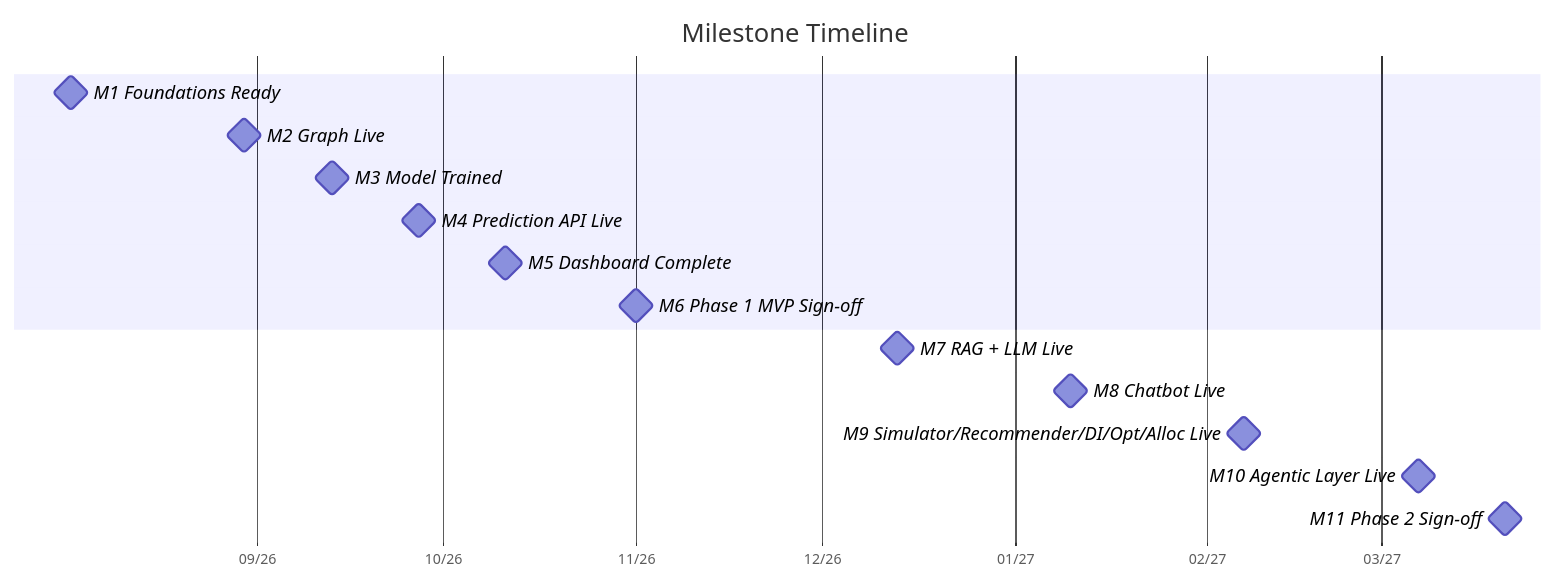
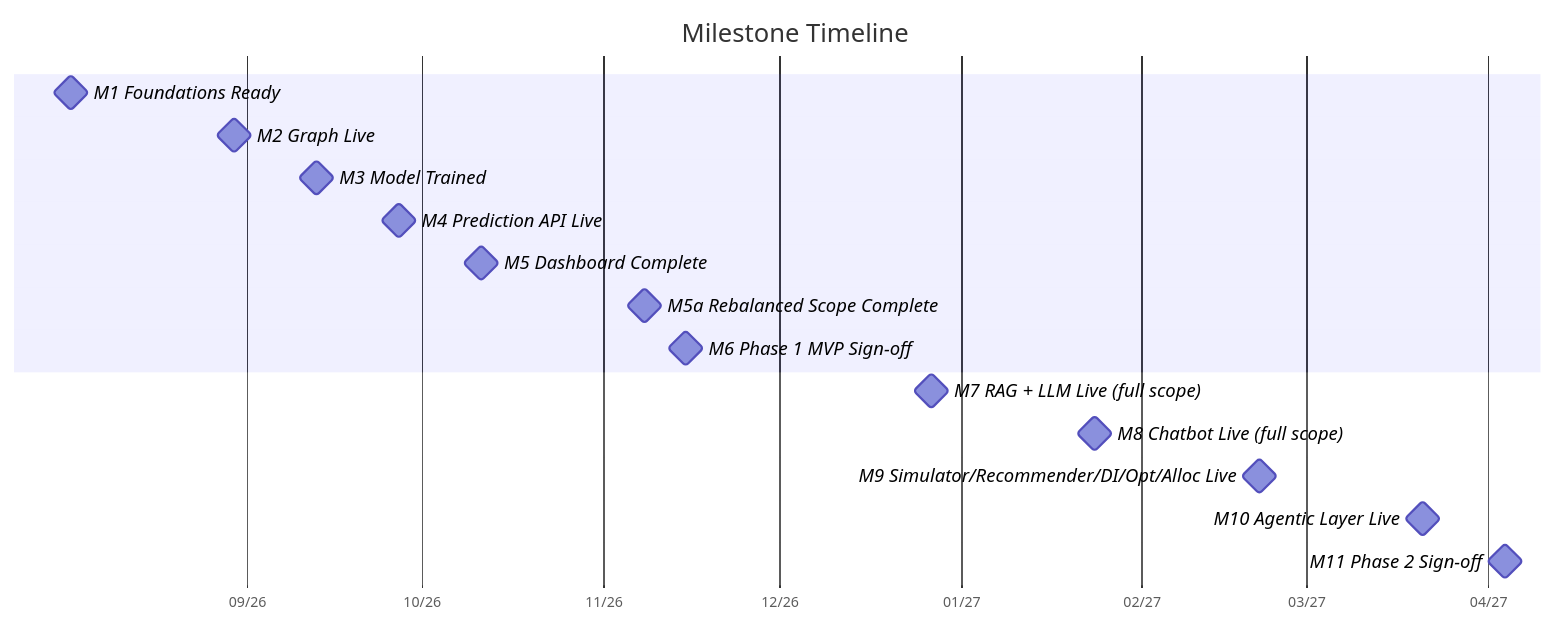
The third of 4 diagrams in docs/14_Project_Roadmap.md (murali-ftw/ChainPilot), drawn with Mermaid before and after one commit. The commit also changed other lines of this file and 20 other files, not shown here.

Commit message:
Added New Architecture

````diff
--- a/docs/14_Project_Roadmap.md
+++ b/docs/14_Project_Roadmap.md
@@ -173,19 +179,20 @@
 ```mermaid
 %%{init: {'gantt': {'useMaxWidth': false, 'axisFormat': '%m/%y', 'tickInterval': '1month', 'topPadding': 50, 'leftPadding': 40, 'rightPadding': 50, 'barHeight': 22, 'barGap': 8, 'fontSize': 13, 'sectionFontSize': 13}}}%%
 gantt
     title Milestone Timeline
     dateFormat YYYY-MM-DD
     section  
     M1 Foundations Ready                        :milestone, 2026-08-02, 0d
     M2 Graph Live                                :milestone, 2026-08-30, 0d
     M3 Model Trained                             :milestone, 2026-09-13, 0d
     M4 Prediction API Live                       :milestone, 2026-09-27, 0d
     M5 Dashboard Complete                        :milestone, 2026-10-11, 0d
-    M6 Phase 1 MVP Sign-off                      :milestone, 2026-11-01, 0d
+    M5a Rebalanced Scope Complete                :milestone, 2026-11-08, 0d
+    M6 Phase 1 MVP Sign-off                      :milestone, 2026-11-15, 0d
     section   
-    M7 RAG + LLM Live                            :milestone, 2026-12-13, 0d
-    M8 Chatbot Live                              :milestone, 2027-01-10, 0d
-    M9 Simulator/Recommender/DI/Opt/Alloc Live   :milestone, 2027-02-07, 0d
-    M10 Agentic Layer Live                       :milestone, 2027-03-07, 0d
-    M11 Phase 2 Sign-off                         :milestone, 2027-03-21, 0d
+    M7 RAG + LLM Live (full scope)                :milestone, 2026-12-27, 0d
+    M8 Chatbot Live (full scope)                  :milestone, 2027-01-24, 0d
+    M9 Simulator/Recommender/DI/Opt/Alloc Live   :milestone, 2027-02-21, 0d
+    M10 Agentic Layer Live                       :milestone, 2027-03-21, 0d
+    M11 Phase 2 Sign-off                         :milestone, 2027-04-04, 0d
 ```
````
